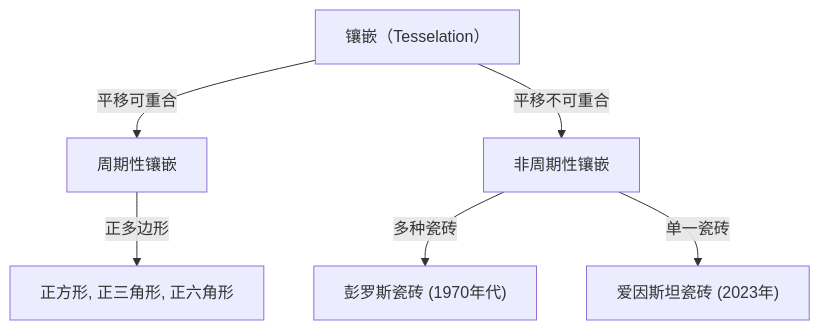
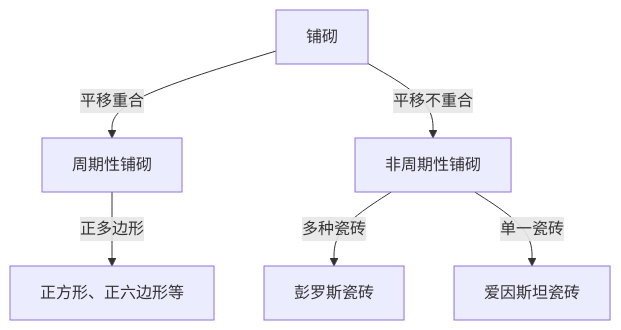
Before and after one commit to kenjinote/blog: the diagram in content/post/aperiodic-tiling-problem/index.zh-cn.md, drawn with Mermaid. The commit also changed other lines of this file and 129 other files, not shown here.

````diff
--- a/content/post/aperiodic-tiling-problem/index.zh-cn.md
+++ b/content/post/aperiodic-tiling-problem/index.zh-cn.md
@@ -23,9 +17,8 @@
 ```mermaid
 graph TD
-    A["镶嵌（Tesselation）"]
-    A -- "平移可重合" --> B["周期性镶嵌"]
-    A -- "平移不可重合" --> C["非周期性镶嵌"]
-    B -- "正多边形" --> D["正方形, 正三角形, 正六角形"]
-    C -- "多种瓷砖" --> E["彭罗斯瓷砖 (1970年代)"]
-    C -- "单一瓷砖" --> F["爱因斯坦瓷砖 (2023年)"]
+    A["铺砌"] -- "平移重合" --> B["周期性铺砌"]
+    A -- "平移不重合" --> C["非周期性铺砌"]
+    B -- "正多边形" --> D["正方形、正六边形等"]
+    C -- "多种瓷砖" --> E["彭罗斯瓷砖"]
+    C -- "单一瓷砖" --> F["爱因斯坦瓷砖"]
 ```
````
